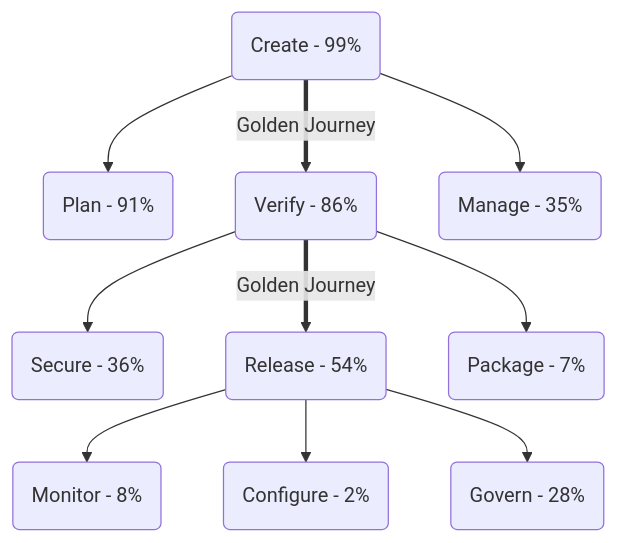
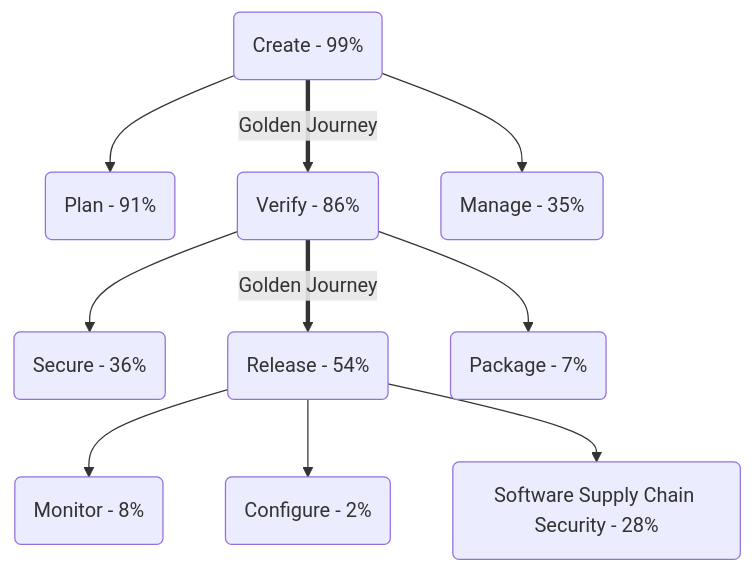
Before and after one commit to zalyoung/gitlab-handbook: the second of 2 diagrams in content/handbook/product/product-principles.md, drawn with Mermaid. The commit also changed 42 other files, not shown here.

Commit message:
Move Govern stage pages to be Software Supply Chain Security pages

````diff
--- a/content/handbook/product/product-principles.md
+++ b/content/handbook/product/product-principles.md
@@ -402,12 +402,12 @@
 ``` mermaid
 graph TD;
     id1(Create - 99%) --> id2(Plan - 91%)
     id3(Verify - 84%) --> id4(Secure - 36%)
     id1 --> id5(Manage - 35%)
     id1 ==> |Golden Journey|id3(Verify - 86%)
     id3 ==> |Golden Journey|id6(Release - 54%)
     id3 --> id7(Package - 7%)
     id6 --> id9(Monitor - 8%)
     id6 --> id10(Configure - 2%)
-    id6 --> id11(Govern - 28%)
+    id6 --> id11(Software Supply Chain Security - 28%)
 ```
````
